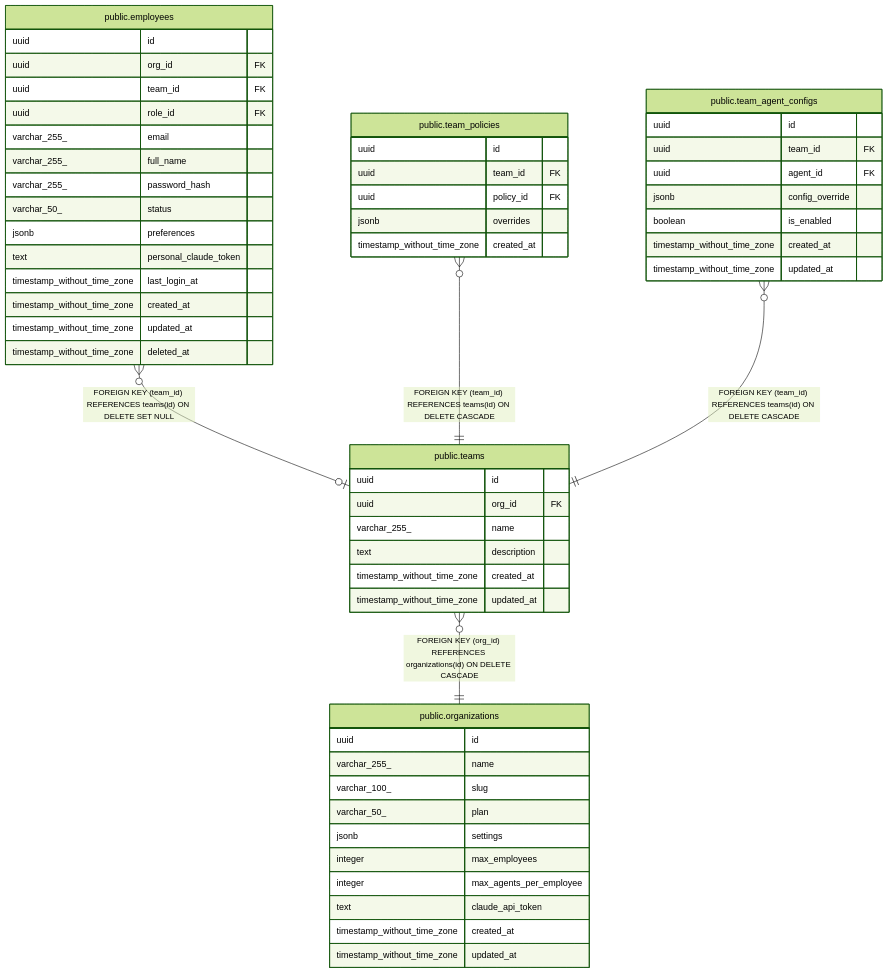
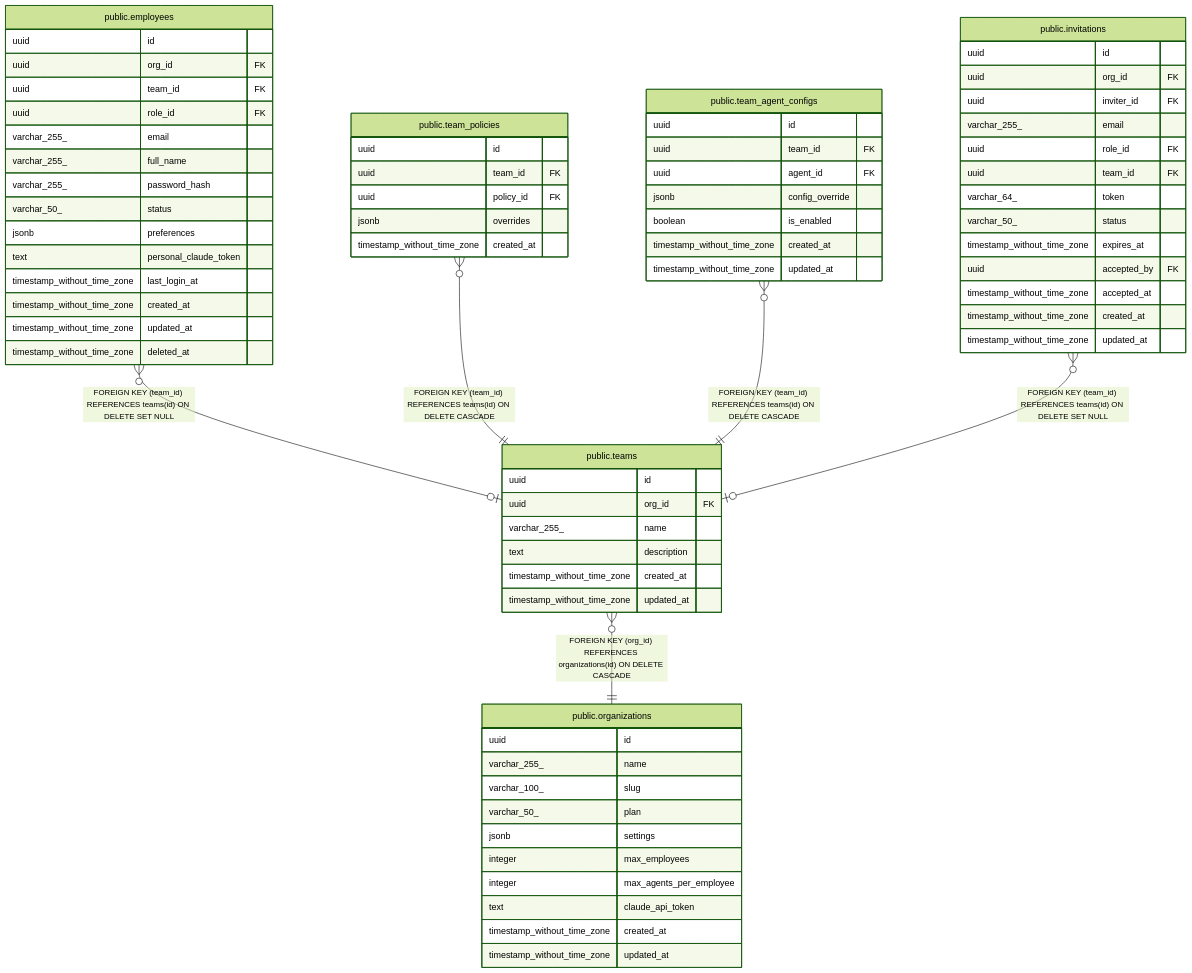
The diagram in docs/public.teams.md (rastrigin-systems/arfa), drawn with Mermaid (forest theme) before and after one commit. The commit also changed other lines of this file and 21 other files, not shown here.

````diff
--- a/docs/public.teams.md
+++ b/docs/public.teams.md
@@ -40,61 +40,77 @@
 ```mermaid
 erDiagram
 
 "public.employees" }o--o| "public.teams" : "FOREIGN KEY (team_id) REFERENCES teams(id) ON DELETE SET NULL"
 "public.team_policies" }o--|| "public.teams" : "FOREIGN KEY (team_id) REFERENCES teams(id) ON DELETE CASCADE"
 "public.team_agent_configs" }o--|| "public.teams" : "FOREIGN KEY (team_id) REFERENCES teams(id) ON DELETE CASCADE"
+"public.invitations" }o--o| "public.teams" : "FOREIGN KEY (team_id) REFERENCES teams(id) ON DELETE SET NULL"
 "public.teams" }o--|| "public.organizations" : "FOREIGN KEY (org_id) REFERENCES organizations(id) ON DELETE CASCADE"
 
 "public.teams" {
   uuid id
   uuid org_id FK
   varchar_255_ name
   text description
   timestamp_without_time_zone created_at
   timestamp_without_time_zone updated_at
 }
 "public.employees" {
   uuid id
   uuid org_id FK
   uuid team_id FK
   uuid role_id FK
   varchar_255_ email
   varchar_255_ full_name
   varchar_255_ password_hash
   varchar_50_ status
   jsonb preferences
   text personal_claude_token
   timestamp_without_time_zone last_login_at
   timestamp_without_time_zone created_at
   timestamp_without_time_zone updated_at
   timestamp_without_time_zone deleted_at
 }
 "public.team_policies" {
   uuid id
   uuid team_id FK
   uuid policy_id FK
   jsonb overrides
   timestamp_without_time_zone created_at
 }
 "public.team_agent_configs" {
   uuid id
   uuid team_id FK
   uuid agent_id FK
   jsonb config_override
   boolean is_enabled
   timestamp_without_time_zone created_at
   timestamp_without_time_zone updated_at
 }
+"public.invitations" {
+  uuid id
+  uuid org_id FK
+  uuid inviter_id FK
+  varchar_255_ email
+  uuid role_id FK
+  uuid team_id FK
+  varchar_64_ token
+  varchar_50_ status
+  timestamp_without_time_zone expires_at
+  uuid accepted_by FK
+  timestamp_without_time_zone accepted_at
+  timestamp_without_time_zone created_at
+  timestamp_without_time_zone updated_at
+}
 "public.organizations" {
   uuid id
   varchar_255_ name
   varchar_100_ slug
   varchar_50_ plan
   jsonb settings
   integer max_employees
   integer max_agents_per_employee
   text claude_api_token
   timestamp_without_time_zone created_at
   timestamp_without_time_zone updated_at
 }
 ```
````
